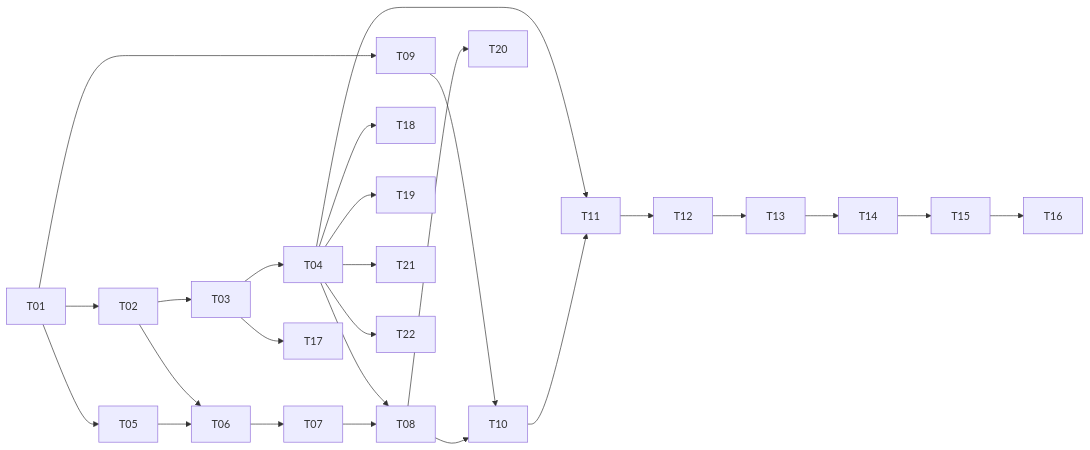
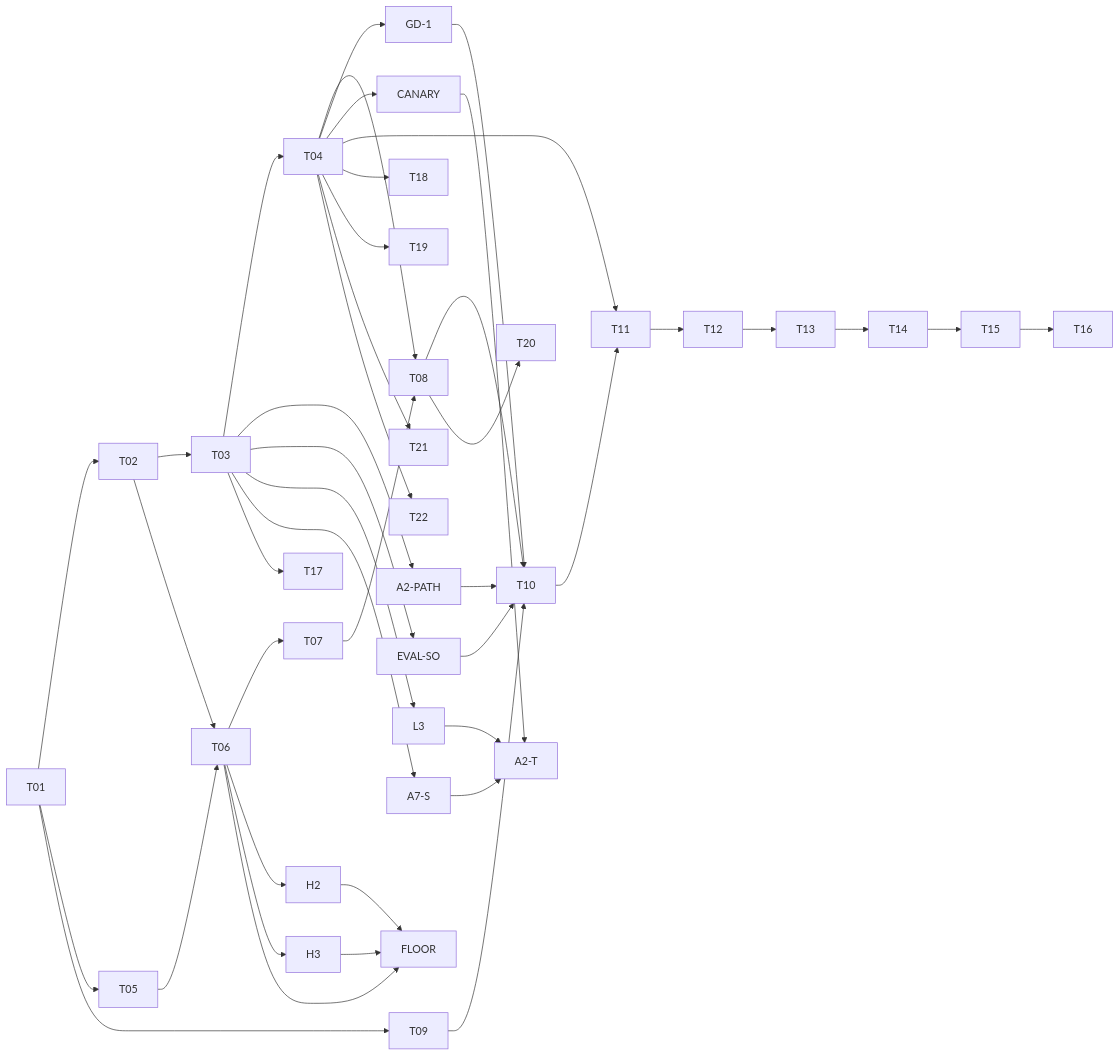
Before and after one commit to Zero-State-LLC/BlackDog: the diagram in specs/001-faustcoder/tasks.md, drawn with Mermaid. The commit also changed other lines of this file and 10 other files, not shown here.

````diff
--- a/specs/001-faustcoder/tasks.md
+++ b/specs/001-faustcoder/tasks.md
@@ -143,17 +200,26 @@
 ```mermaid
 graph LR
     T01 --> T02 --> T03 --> T04
     T01 --> T05 --> T06
     T02 --> T06 --> T07 --> T08
     T04 --> T08
     T01 --> T09
     T08 --> T10
     T09 --> T10 --> T11
+    T04 --> GD1["GD-1"] --> T10
+    T03 --> A2PATH["A2-PATH"] --> T10
+    T03 --> EVALSO["EVAL-SO"] --> T10
+    T03 --> L3 --> A2T["A2-T"]
+    T03 --> A7S["A7-S"] --> A2T
+    T04 --> CANARY --> A2T
+    T06 --> H2 --> FLOOR
+    T06 --> H3 --> FLOOR
+    T06 --> FLOOR
     T04 --> T11 --> T12 --> T13 --> T14 --> T15 --> T16
     T03 --> T17
     T04 --> T18
     T04 --> T19
     T08 --> T20
     T04 --> T21
     T04 --> T22
 ```
````
